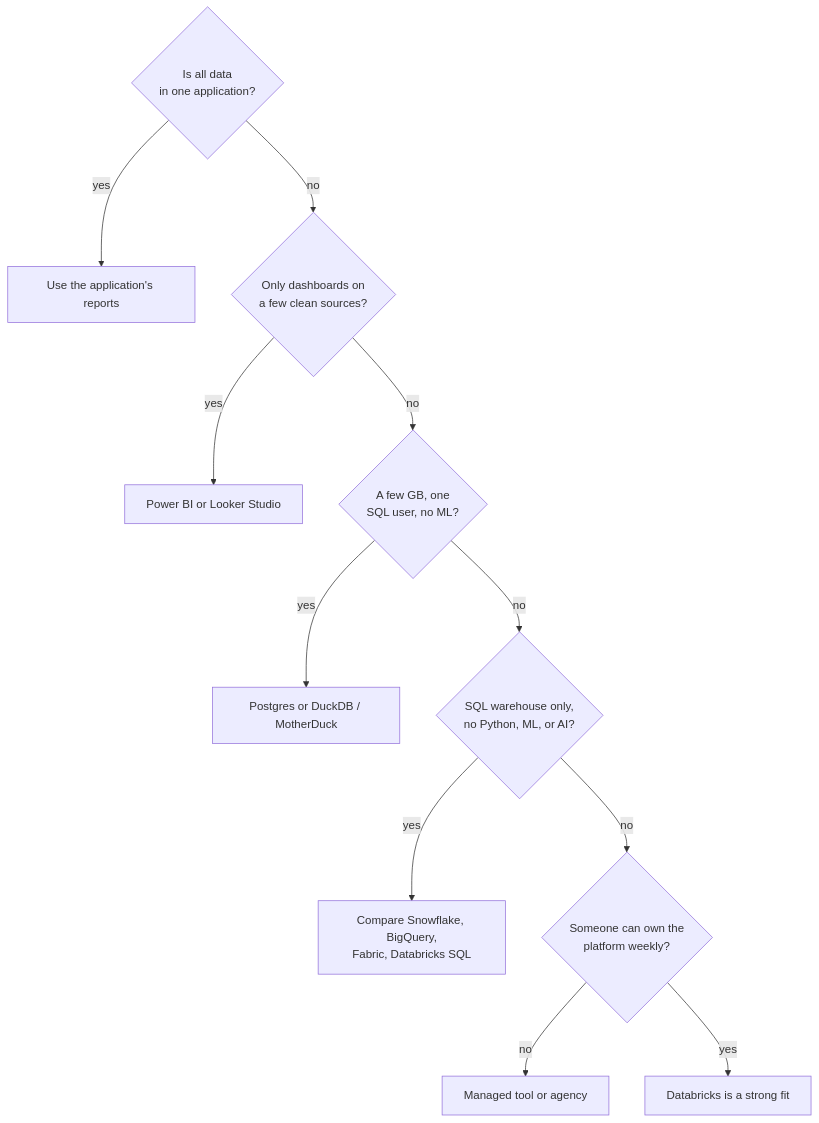
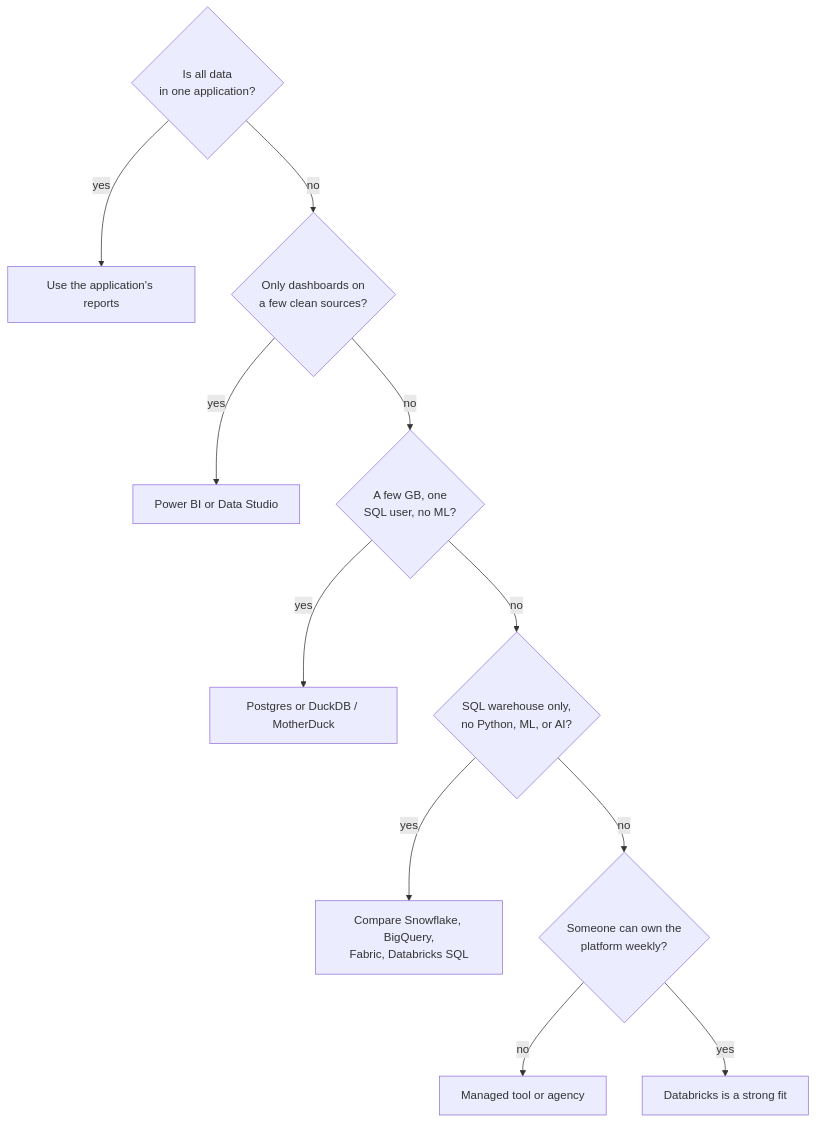
One commit to kidskoding/databricks-wiki changed the diagram in 00_is_databricks_for_you/When Databricks Is Not the Right Fit.md. Above: the diagram before and after it, drawn with Mermaid. The commit also changed other lines of this file and 28 other files, not shown here.

````diff
--- a/00_is_databricks_for_you/When Databricks Is Not the Right Fit.md
+++ b/00_is_databricks_for_you/When Databricks Is Not the Right Fit.md
@@ -87,13 +87,13 @@
 ```mermaid
 flowchart TD
   A{"Is all data<br/>in one application?"} -- yes --> A1["Use the application's reports"]
   A -- no --> B{"Only dashboards on<br/>a few clean sources?"}
-  B -- yes --> B1["Power BI or Looker Studio"]
+  B -- yes --> B1["Power BI or Data Studio"]
   B -- no --> C{"A few GB, one<br/>SQL user, no ML?"}
   C -- yes --> C1["Postgres or DuckDB / MotherDuck"]
   C -- no --> D{"SQL warehouse only,<br/>no Python, ML, or AI?"}
   D -- yes --> D1["Compare Snowflake, BigQuery,<br/>Fabric, Databricks SQL"]
   D -- no --> E{"Someone can own the<br/>platform weekly?"}
   E -- no --> E1["Managed tool or agency"]
   E -- yes --> F["Databricks is a strong fit"]
 ```
````
